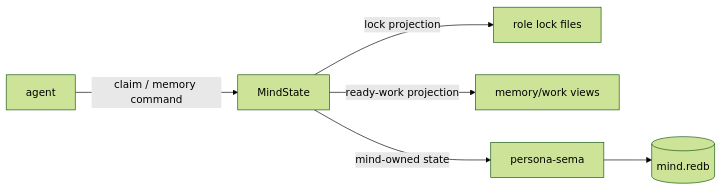
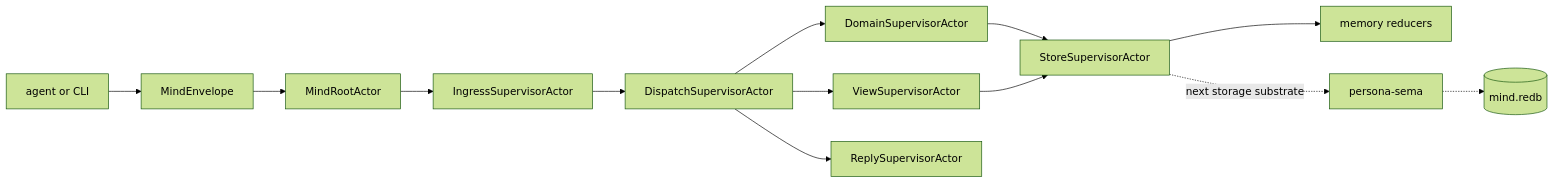
Before and after one commit to LiGoldragon/persona-orchestrate: the first of 3 diagrams in ARCHITECTURE.md, drawn with Mermaid (forest theme). The commit also changed other lines of this file and 22 other files, not shown here.

````diff
--- a/ARCHITECTURE.md
+++ b/ARCHITECTURE.md
@@ -18,15 +27,15 @@
 ```mermaid
 flowchart LR
-    agent["agent"]
-    state["MindState"]
-    locks["role lock files"]
-    work["memory/work views"]
-    sema["persona-sema"]
-    database[("mind.redb")]
-
-    agent -->|"claim / memory command"| state
-    state -->|"lock projection"| locks
-    state -->|"ready-work projection"| work
-    state -->|"mind-owned state"| sema
-    sema --> database
+    caller["agent or CLI"] --> envelope["MindEnvelope"]
+    envelope --> root["MindRootActor"]
+    root --> ingress["IngressSupervisorActor"]
+    ingress --> dispatch["DispatchSupervisorActor"]
+    dispatch --> domain["DomainSupervisorActor"]
+    dispatch --> views["ViewSupervisorActor"]
+    domain --> store["StoreSupervisorActor"]
+    views --> store
+    store --> reducer["memory reducers"]
+    store -. "next storage substrate" .-> sema["persona-sema"]
+    sema -.-> db[("mind.redb")]
+    dispatch --> reply["ReplySupervisorActor"]
 ```
````
